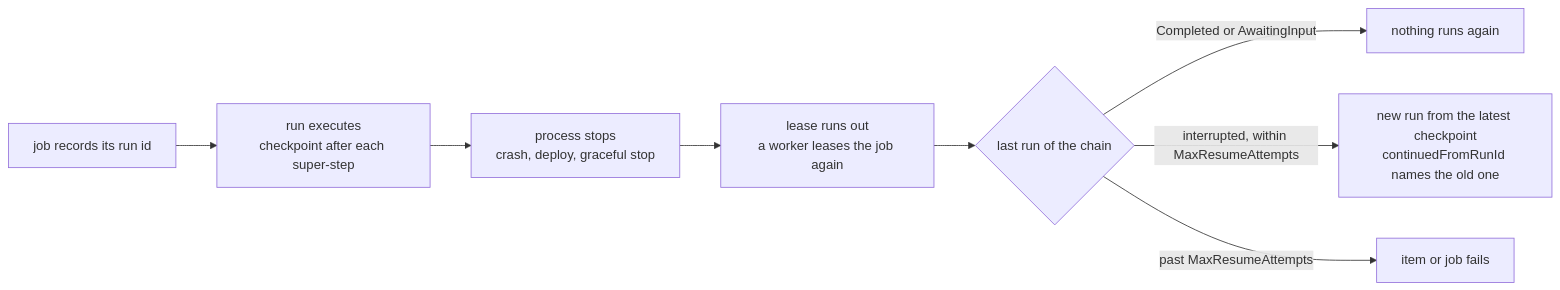
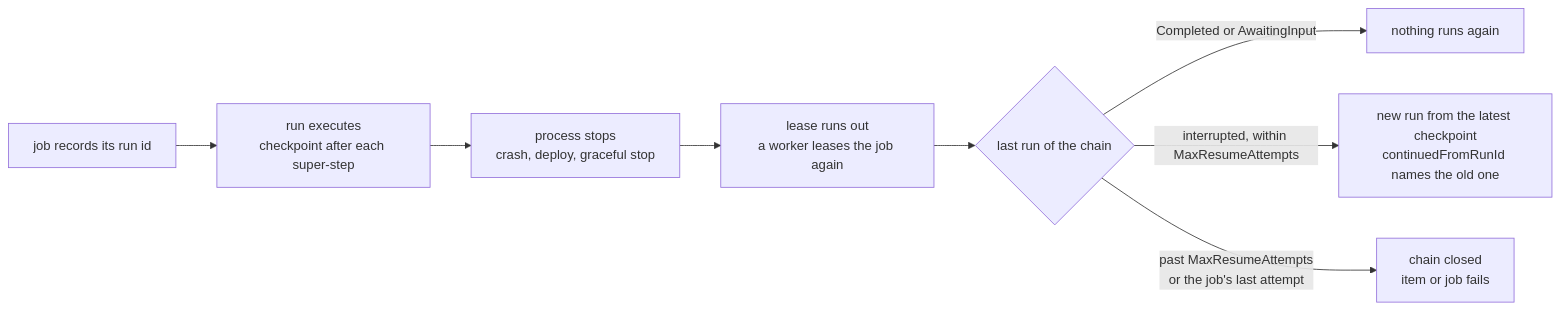
One commit to farukatasoy/Tracon changed the first of 2 diagrams in docs-site/src/content/docs/concepts/workflows.md. Above: the diagram before and after it, drawn with Mermaid. The commit also changed other lines of this file and 4 other files, not shown here.

Commit message:
docs(workflows): state the 2 + MaxResumeAttempts attempts and the flag-off queued run

````diff
--- a/docs-site/src/content/docs/concepts/workflows.md
+++ b/docs-site/src/content/docs/concepts/workflows.md
@@ -487,12 +487,12 @@
 ```mermaid
 flowchart LR
     accTitle: Workflow recovery after a process stops
     accDescr: The job records its run before the run starts. After a crash or a graceful stop the job is leased again, the interrupted run is closed, and a new run continues it from the latest checkpoint in its chain; a finished run is left alone.
     MARK["job records its run id"] --> RUN["run executes<br/>checkpoint after each super-step"]
     RUN --> STOP["process stops<br/>crash, deploy, graceful stop"]
     STOP --> LEASE["lease runs out<br/>a worker leases the job again"]
     LEASE --> CHECK{"last run of the chain"}
     CHECK -->|"Completed or AwaitingInput"| DONE["nothing runs again"]
     CHECK -->|"interrupted, within MaxResumeAttempts"| NEXT["new run from the latest checkpoint<br/>continuedFromRunId names the old one"]
-    CHECK -->|"past MaxResumeAttempts"| FAIL["item or job fails"]
+    CHECK -->|"past MaxResumeAttempts<br/>or the job's last attempt"| FAIL["chain closed<br/>item or job fails"]
 ```
````
